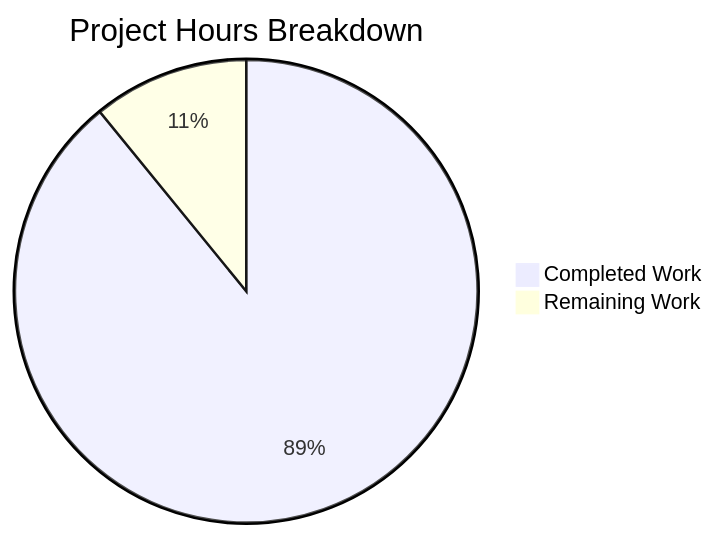
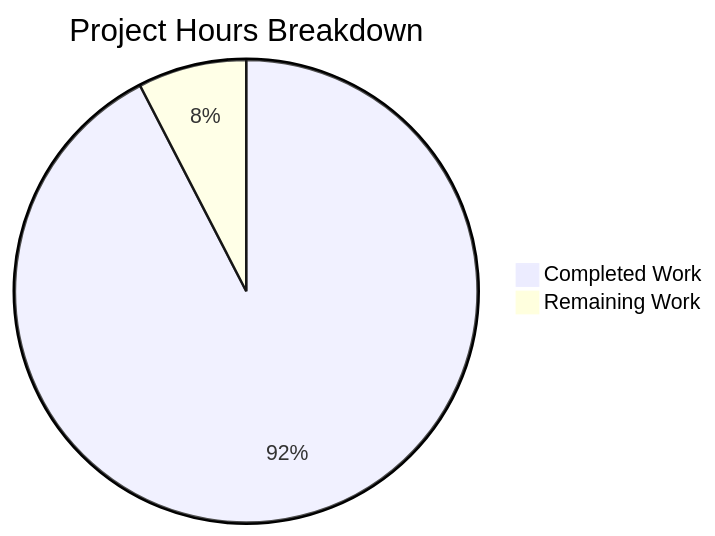
The second of 2 diagrams in blitzy/documentation/Project Guide.md (Blitzy-Sandbox/blitzy-c-compiler), drawn with Mermaid before and after one commit. The commit also changed other lines of this file, not shown here.

Commit message:
Adding Blitzy Project Guide: Project Status and Human Tasks Remaining

````diff
--- a/blitzy/documentation/Project Guide.md
+++ b/blitzy/documentation/Project Guide.md
@@ -254,5 +262,5 @@
 ```mermaid
 pie title Project Hours Breakdown
-    "Completed Work" : 499
-    "Remaining Work" : 61
+    "Completed Work" : 536
+    "Remaining Work" : 44
 ```
````
